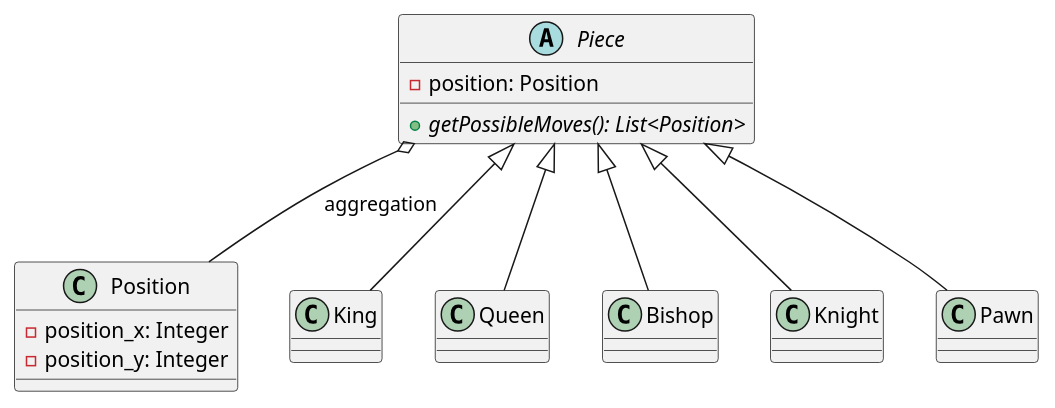
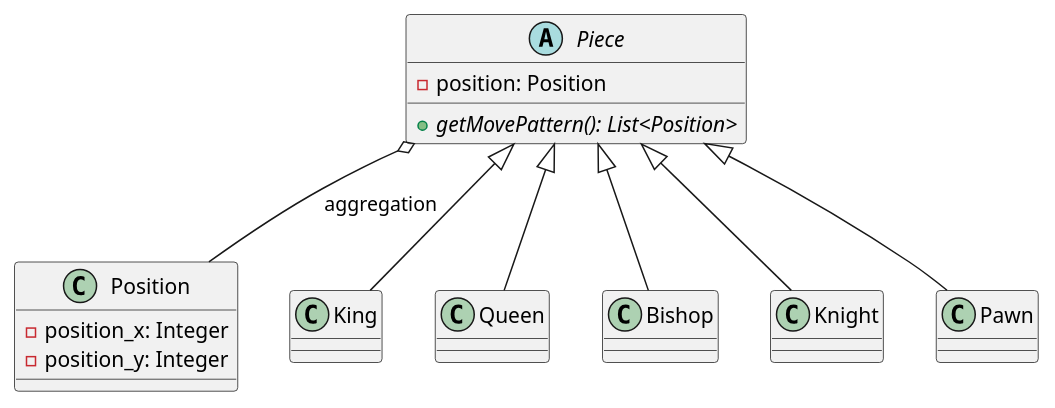
The diagram in docs/plantuml/class-diagram.puml (KelianHalleray/java-chess), drawn with PlantUML before and after one commit. The commit also changed 6 other files, not shown here.

Commit message:
feat: implement pawn move pattern

```diff
--- a/docs/plantuml/class-diagram.puml
+++ b/docs/plantuml/class-diagram.puml
@@ -1,31 +1,31 @@
 @startuml
 
 class Position {
     - position_x: Integer
     - position_y: Integer
 }
 
 abstract class Piece {
   - position: Position
-  + {abstract} getPossibleMoves(): List<Position>
+  + {abstract} getMovePattern(): List<Position>
 }
 
 class King extends Piece{
 }
 
 class Queen extends Piece {
 }
 
 class Bishop extends Piece {
 }
 
 
 class Knight extends Piece {
 }
 
 class Pawn extends Piece {
 }
 
 Piece o-- Position: aggregation 
 
 @enduml
```
